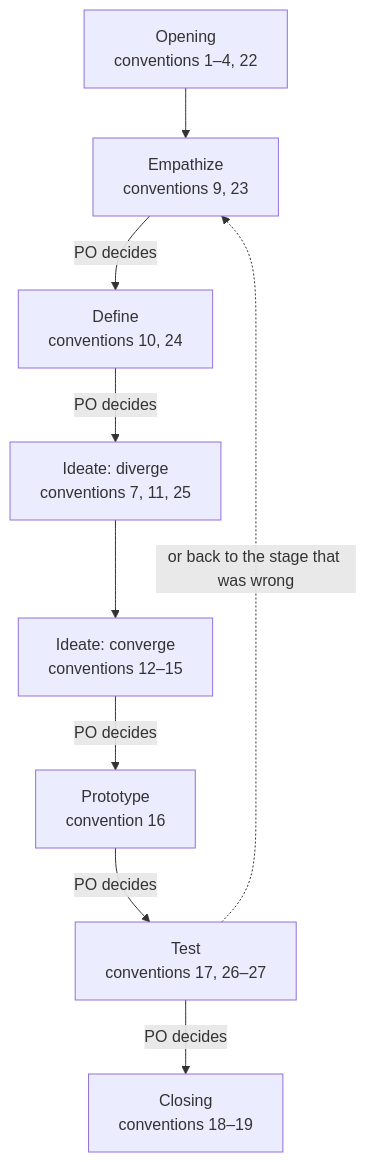
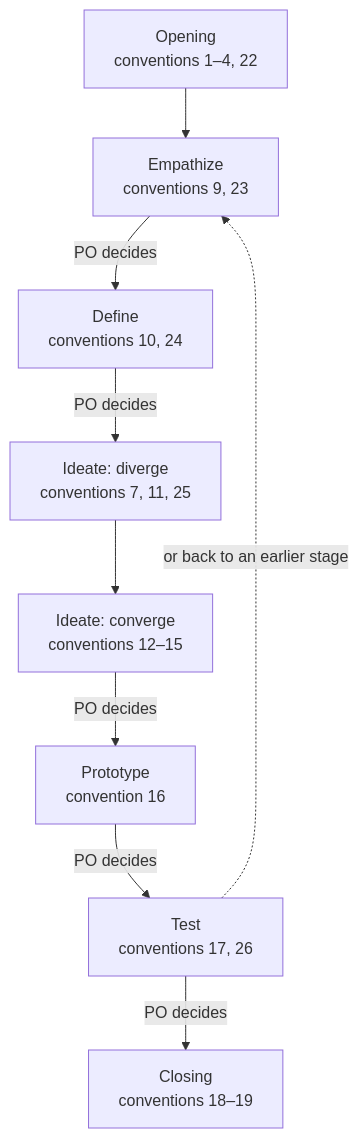
The diagram in plugins/ideo-scrum/skills/design-kernel/conventions/design-log.md (seapawn1/IDEO-Scrum), drawn with Mermaid before and after one commit. The commit also changed other lines of this file and 3 other files, not shown here.

````diff
--- a/plugins/ideo-scrum/skills/design-kernel/conventions/design-log.md
+++ b/plugins/ideo-scrum/skills/design-kernel/conventions/design-log.md
@@ -7,11 +7,11 @@
 ```mermaid
 flowchart TD
     A["Opening<br/>conventions 1–4, 22"] --> B["Empathize<br/>conventions 9, 23"]
     B -- "PO decides" --> C["Define<br/>conventions 10, 24"]
     C -- "PO decides" --> D["Ideate: diverge<br/>conventions 7, 11, 25"]
     D --> E["Ideate: converge<br/>conventions 12–15"]
     E -- "PO decides" --> F["Prototype<br/>convention 16"]
-    F -- "PO decides" --> G["Test<br/>conventions 17, 26–27"]
+    F -- "PO decides" --> G["Test<br/>conventions 17, 26"]
     G -- "PO decides" --> H["Closing<br/>conventions 18–19"]
-    G -. "or back to the stage that was wrong" .-> B
+    G -. "or back to an earlier stage" .-> B
 ```
````
